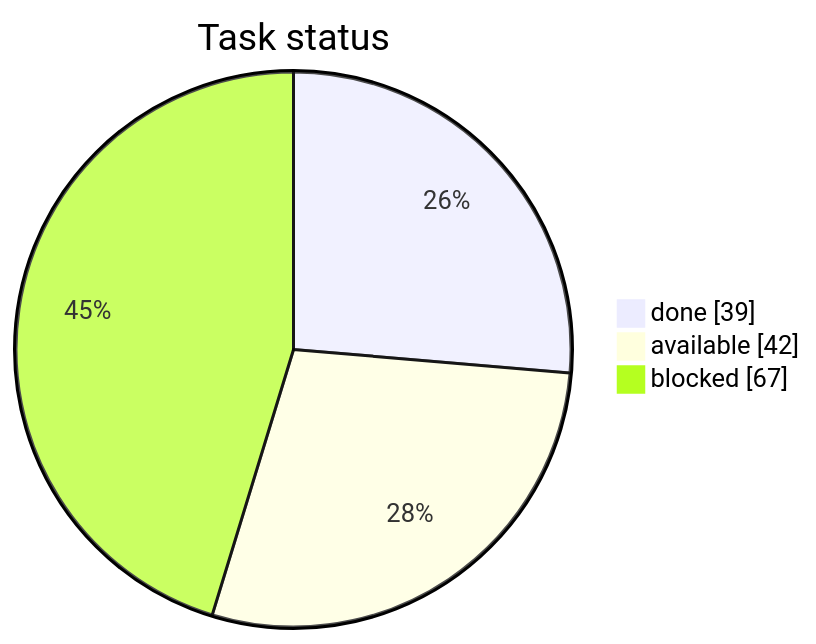
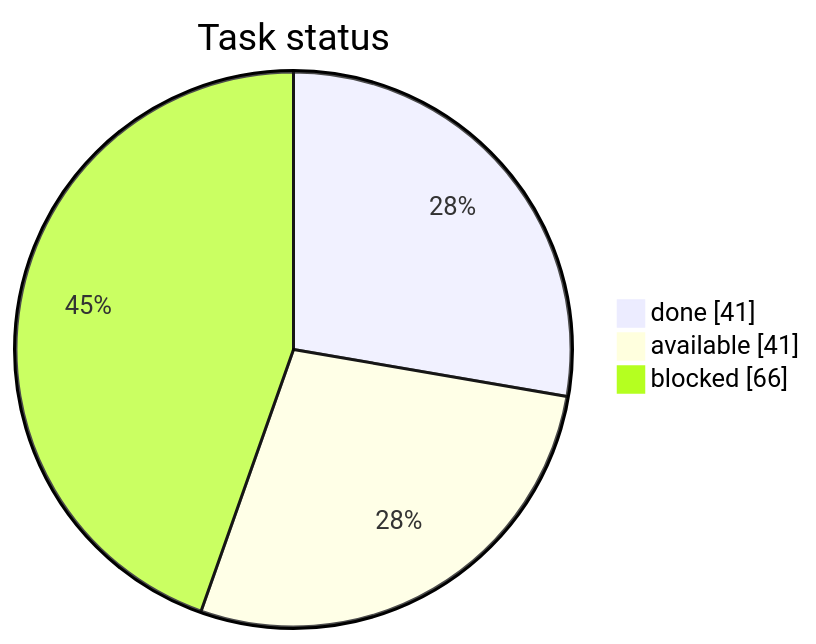
Before and after one commit to artemiiShabanov/RallyRivals: the first of 3 diagrams in STATUS.md, drawn with Mermaid. The commit also changed other lines of this file and 9 other files, not shown here.

````diff
--- a/STATUS.md
+++ b/STATUS.md
@@ -7,7 +7,7 @@
 ```mermaid
 pie showData
     title Task status
-    "done" : 39
-    "available" : 42
-    "blocked" : 67
+    "done" : 41
+    "available" : 41
+    "blocked" : 66
 ```
````
